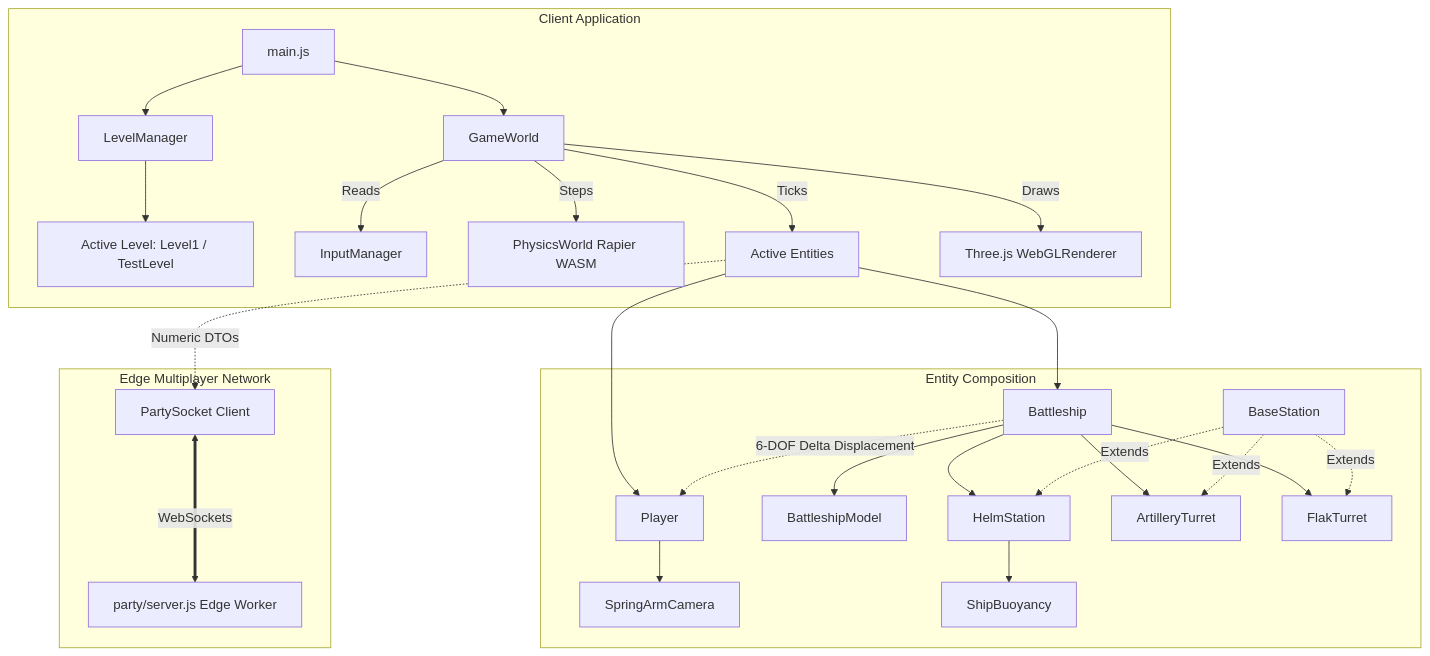
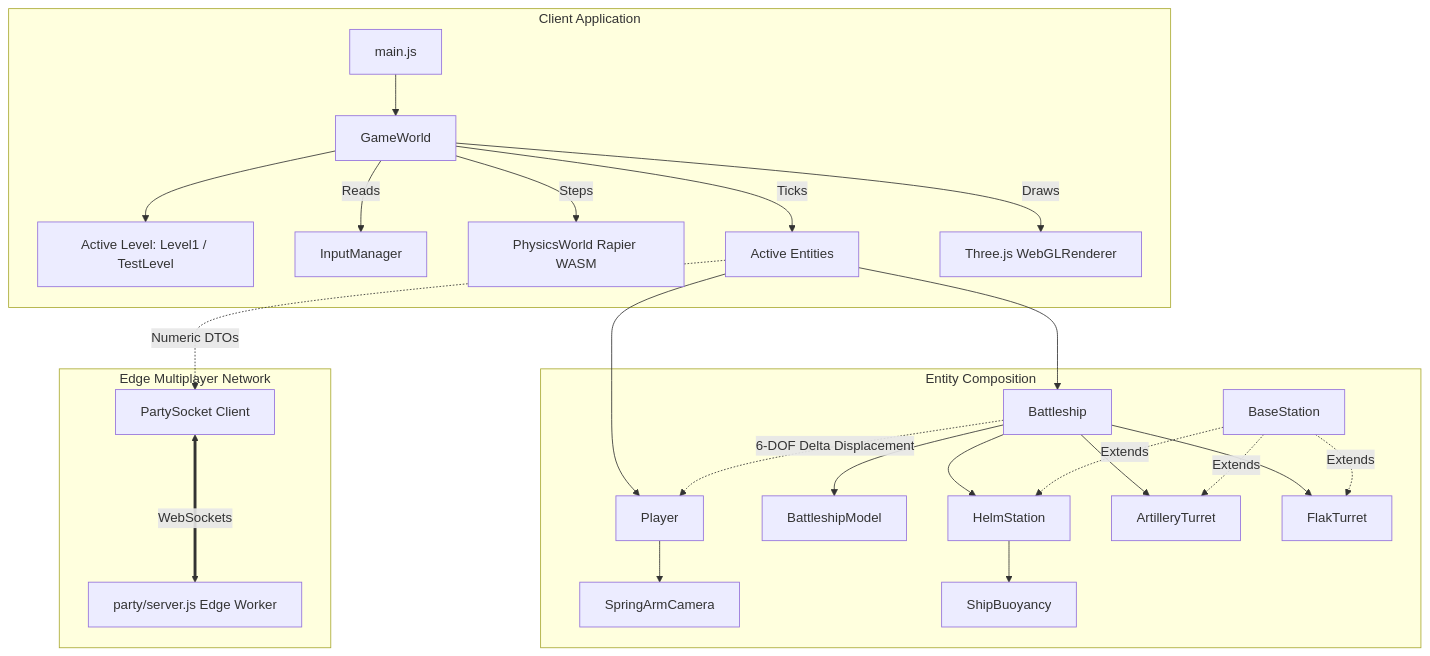
One commit to Ja-neh/ScopeCreep changed the first of 2 diagrams in ARCHITECTURE_AND_SYSTEMS.md. Above: the diagram before and after it, drawn with Mermaid. The commit also changed other lines of this file and 5 other files, not shown here.

First line of the commit message:
refactor: absorb LevelManager into GameWorld and simplify level lifecycle

````diff
--- a/ARCHITECTURE_AND_SYSTEMS.md
+++ b/ARCHITECTURE_AND_SYSTEMS.md
@@ -67,33 +67,32 @@
 ```mermaid
 flowchart TD
     subgraph Client Application
         M[main.js] --> GW[GameWorld]
-        M --> LM[LevelManager]
-        LM --> LVL[Active Level: Level1 / TestLevel]
+        GW --> LVL[Active Level: Level1 / TestLevel]
         
         GW -->|Reads| IM[InputManager]
         GW -->|Steps| PW[PhysicsWorld Rapier WASM]
         GW -->|Ticks| ENT[Active Entities]
         GW -->|Draws| RND[Three.js WebGLRenderer]
     end
 
     subgraph Entity Composition
         ENT --> BS[Battleship]
         ENT --> PL[Player]
         PL --> SAC[SpringArmCamera]
         BS --> BM[BattleshipModel]
         BS --> SC[HelmStation]
         SC --> SBY[ShipBuoyancy]
         BS --> AT[ArtilleryTurret]
         BS --> FT[FlakTurret]
         BST[BaseStation] -.->|Extends| SC
         BST -.->|Extends| AT
         BST -.->|Extends| FT
         BS -.->|6-DOF Delta Displacement| PL
     end
 
     subgraph Edge Multiplayer Network
         ENT -.->|Numeric DTOs| PS[PartySocket Client]
         PS <===>|WebSockets| PK[party/server.js Edge Worker]
     end
 ```
````
